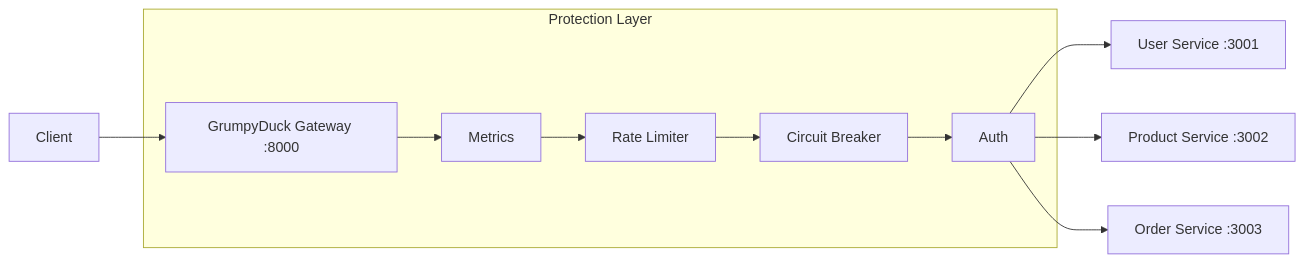
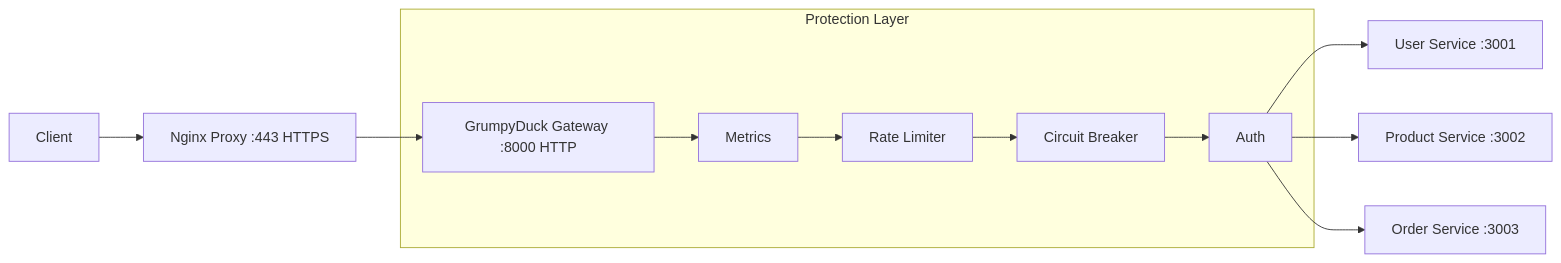
One commit to mhmdaman/grumpyduck changed the diagram in README.md. Above: the diagram before and after it, drawn with Mermaid. The commit also changed other lines of this file, not shown here.

````diff
--- a/README.md
+++ b/README.md
@@ -36,13 +36,14 @@
 ```mermaid
 graph LR
-    C[Client] --> G[GrumpyDuck Gateway :8000]
+    C[Client] --> N[Nginx Proxy :443 HTTPS]
+    N --> G[GrumpyDuck Gateway :8000 HTTP]
     subgraph Protection Layer
         G --> M[Metrics]
         M --> RL[Rate Limiter]
         RL --> CB[Circuit Breaker]
         CB --> A[Auth]
     end
     A --> US[User Service :3001]
     A --> PS[Product Service :3002]
     A --> OS[Order Service :3003]
 ```
````
